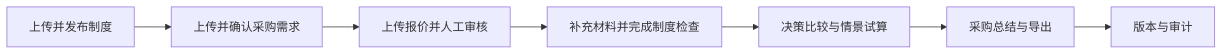
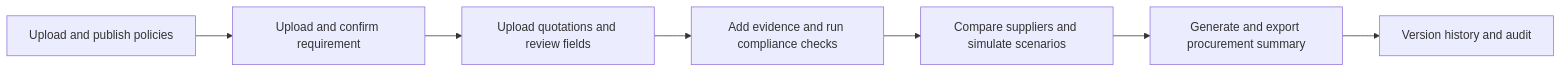
The diagram in README.md (daydreamer17/Team-QQFARM), drawn with Mermaid before and after one commit. The commit also changed other lines of this file and 2 other files, not shown here.

````diff
--- a/README.md
+++ b/README.md
@@ -29,9 +29,9 @@
 ```mermaid
 flowchart LR
-    P[上传并发布制度] --> R[上传并确认采购需求]
-    R --> Q[上传报价并人工审核]
-    Q --> C[补充材料并完成制度检查]
-    C --> D[决策比较与情景试算]
-    D --> S[采购总结与导出]
-    S --> A[版本与审计]
+    P[Upload and publish policies] --> R[Upload and confirm requirement]
+    R --> Q[Upload quotations and review fields]
+    Q --> C[Add evidence and run compliance checks]
+    C --> D[Compare suppliers and simulate scenarios]
+    D --> S[Generate and export procurement summary]
+    S --> A[Version history and audit]
 ```
````
